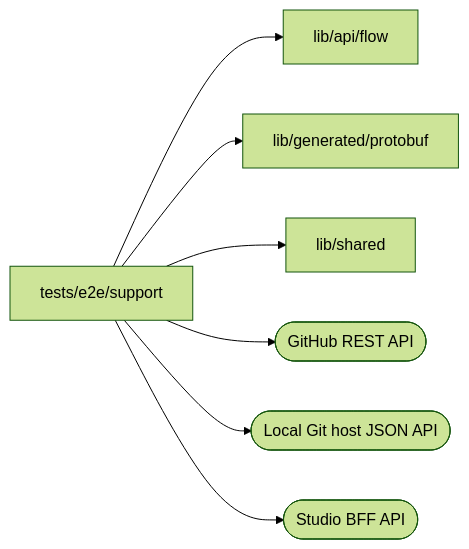
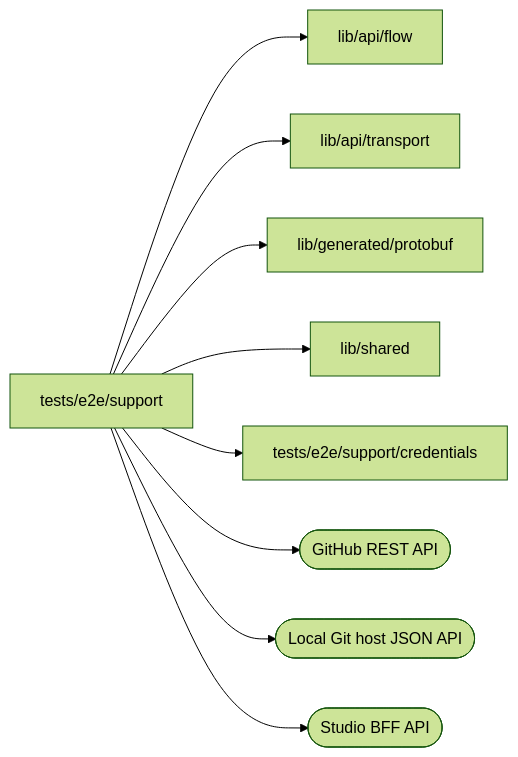
One commit to superdurable/superverse changed the diagram in web/studio/tests/e2e/support/README.md. Above: the diagram before and after it, drawn with Mermaid (forest theme). The commit also changed other lines of this file and 112 other files, not shown here.

````diff
--- a/web/studio/tests/e2e/support/README.md
+++ b/web/studio/tests/e2e/support/README.md
@@ -10,10 +10,12 @@
 ```mermaid
 flowchart LR
   self["tests/e2e/support"]
   self --> d0["lib/api/flow"]
-  self --> d1["lib/generated/protobuf"]
-  self --> d2["lib/shared"]
+  self --> d1["lib/api/transport"]
+  self --> d2["lib/generated/protobuf"]
+  self --> d3["lib/shared"]
+  self --> d4["tests/e2e/support/credentials"]
   self --> e0(["GitHub REST API"])
   self --> e1(["Local Git host JSON API"])
   self --> e2(["Studio BFF API"])
 ```
````
